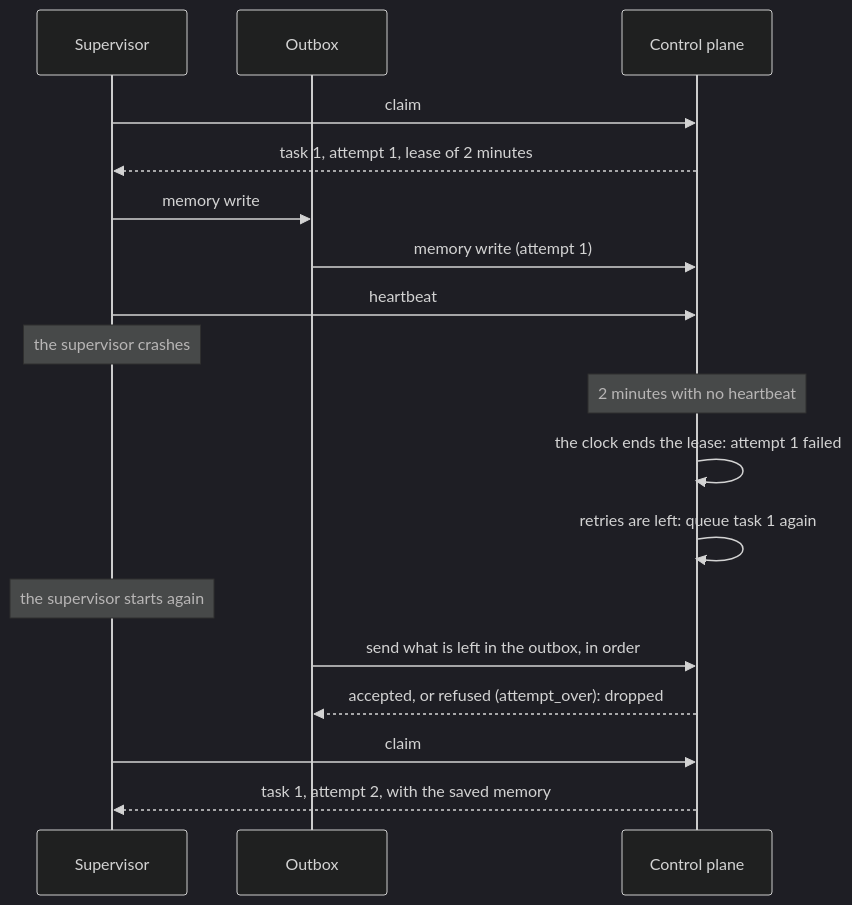
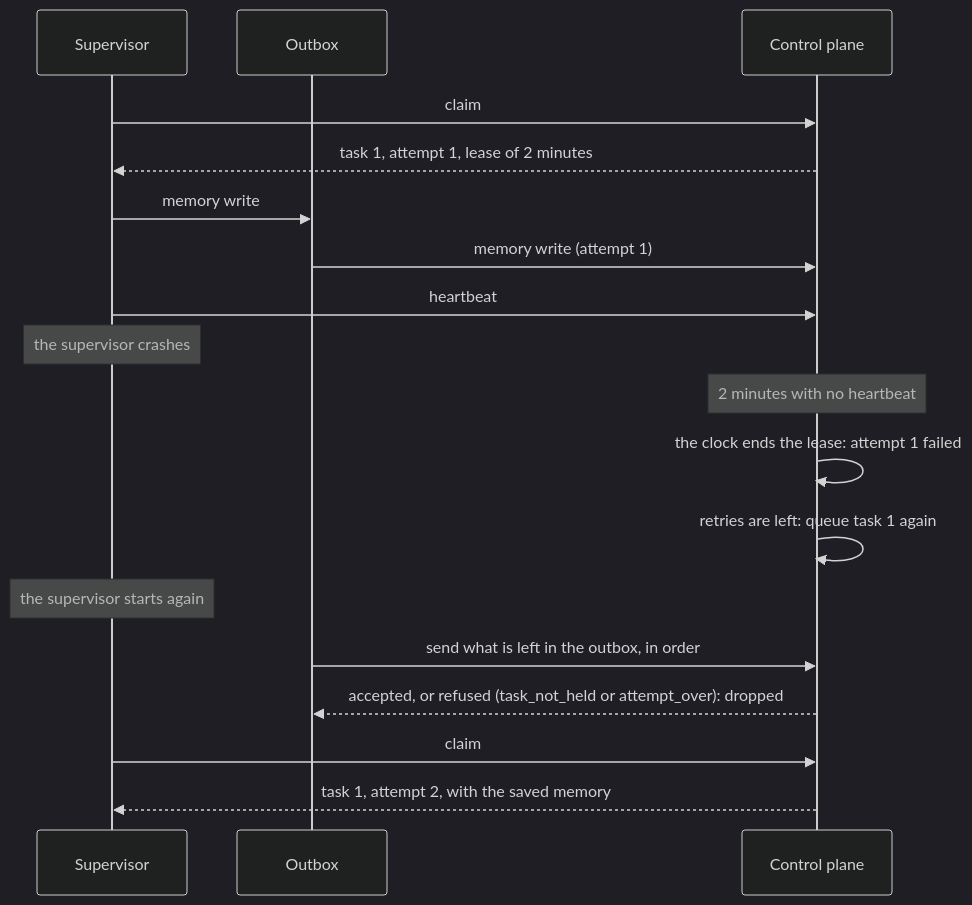
Before and after one commit to StateousLabs/stateous: the diagram in docs/concepts/reliability.md, drawn with Mermaid (dark theme). The commit also changed 33 other files, not shown here.

````diff
--- a/docs/concepts/reliability.md
+++ b/docs/concepts/reliability.md
@@ -64,20 +64,20 @@
 ```mermaid
 sequenceDiagram
     participant S as Supervisor
     participant O as Outbox
     participant CP as Control plane
     S->>CP: claim
     CP-->>S: task 1, attempt 1, lease of 2 minutes
     S->>O: memory write
     O->>CP: memory write (attempt 1)
     S->>CP: heartbeat
     Note over S: the supervisor crashes
     Note over CP: 2 minutes with no heartbeat
     CP->>CP: the clock ends the lease: attempt 1 failed
     CP->>CP: retries are left: queue task 1 again
     Note over S: the supervisor starts again
     O->>CP: send what is left in the outbox, in order
-    CP-->>O: accepted, or refused (attempt_over): dropped
+    CP-->>O: accepted, or refused (task_not_held or attempt_over): dropped
     S->>CP: claim
     CP-->>S: task 1, attempt 2, with the saved memory
 ```
````
